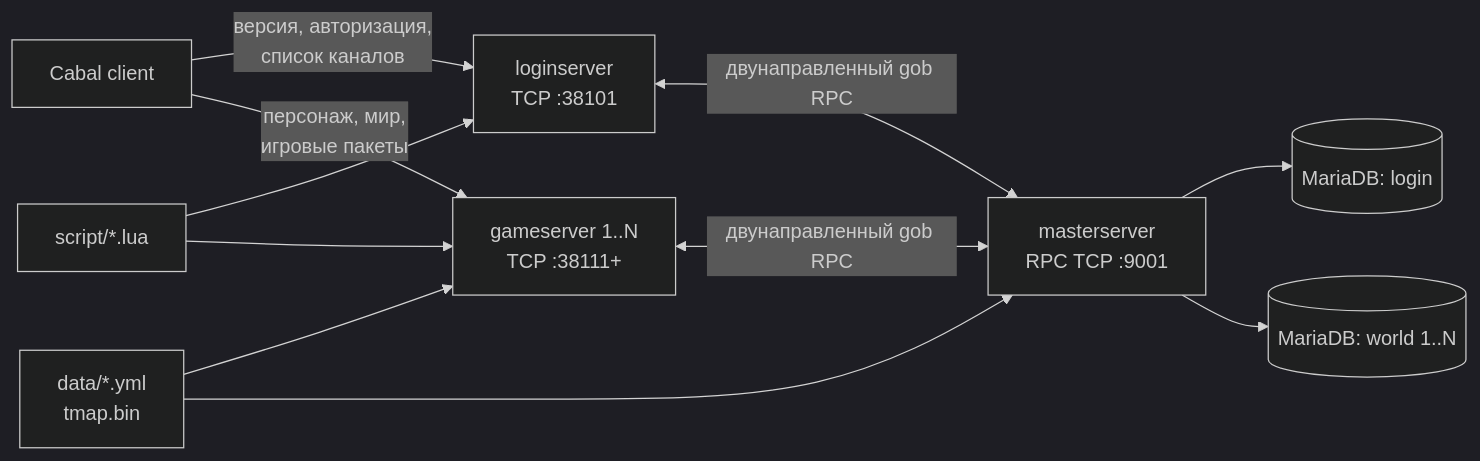
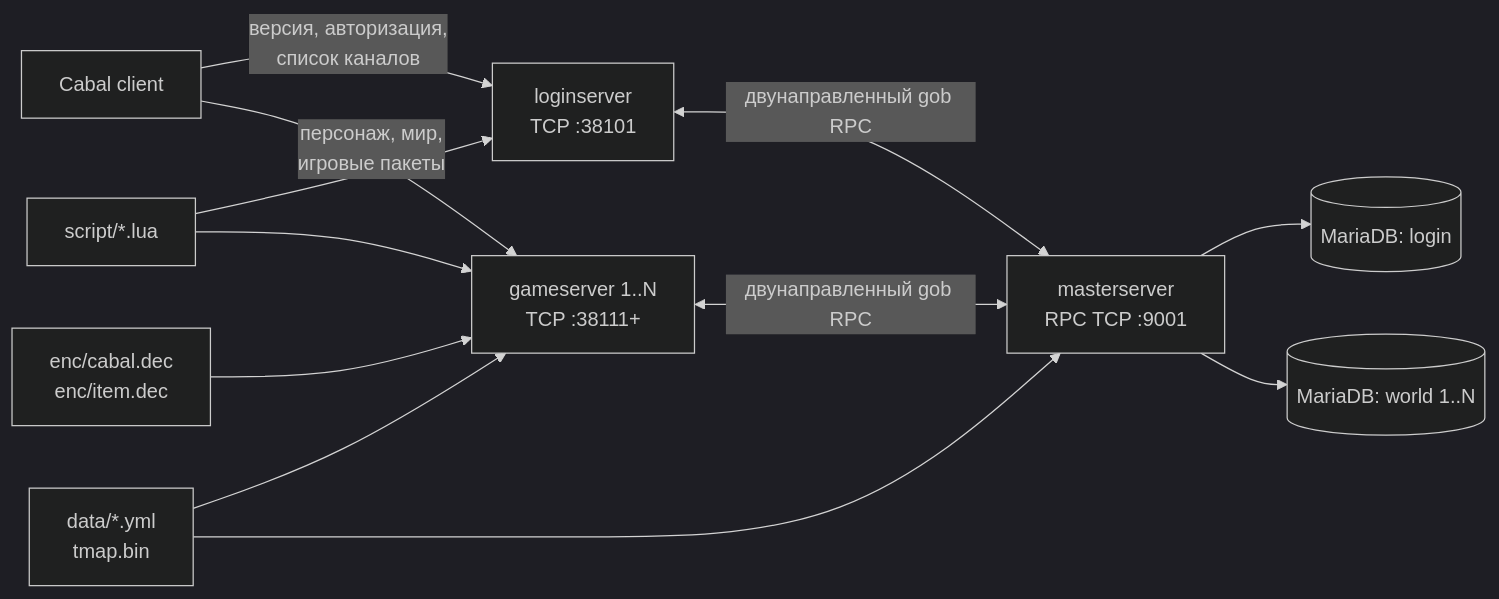
Before and after one commit to artem-alekseev/Freya: the diagram in docs/PROJECT_MAP.md, drawn with Mermaid (dark theme). The commit also changed other lines of this file and 13 other files, not shown here.

````diff
--- a/docs/PROJECT_MAP.md
+++ b/docs/PROJECT_MAP.md
@@ -8,22 +8,24 @@
 ```mermaid
 flowchart LR
     C["Cabal client"]
     LS["loginserver<br/>TCP :38101"]
     GS["gameserver 1..N<br/>TCP :38111+"]
     MS["masterserver<br/>RPC TCP :9001"]
     LDB[("MariaDB: login")]
     WDB[("MariaDB: world 1..N")]
     YAML["data/*.yml<br/>tmap.bin"]
+    DEC["enc/cabal.dec<br/>enc/item.dec"]
     LUA["script/*.lua"]
 
     C -->|"версия, авторизация,<br/>список каналов"| LS
     C -->|"персонаж, мир,<br/>игровые пакеты"| GS
     LS <-->|"двунаправленный gob RPC"| MS
     GS <-->|"двунаправленный gob RPC"| MS
     MS --> LDB
     MS --> WDB
     YAML --> GS
     YAML --> MS
+    DEC --> GS
     LUA --> LS
     LUA --> GS
 ```
````
